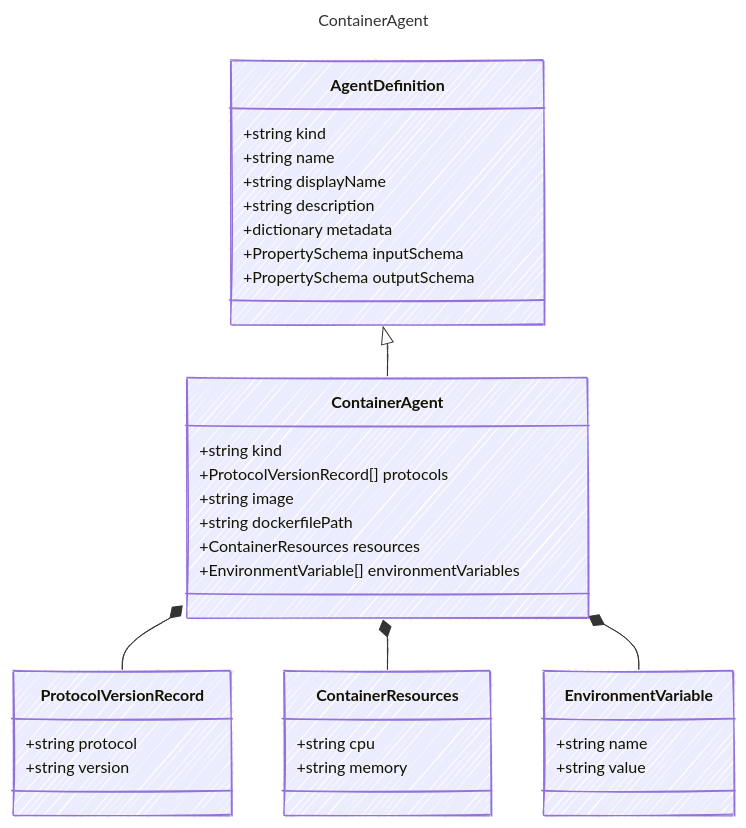
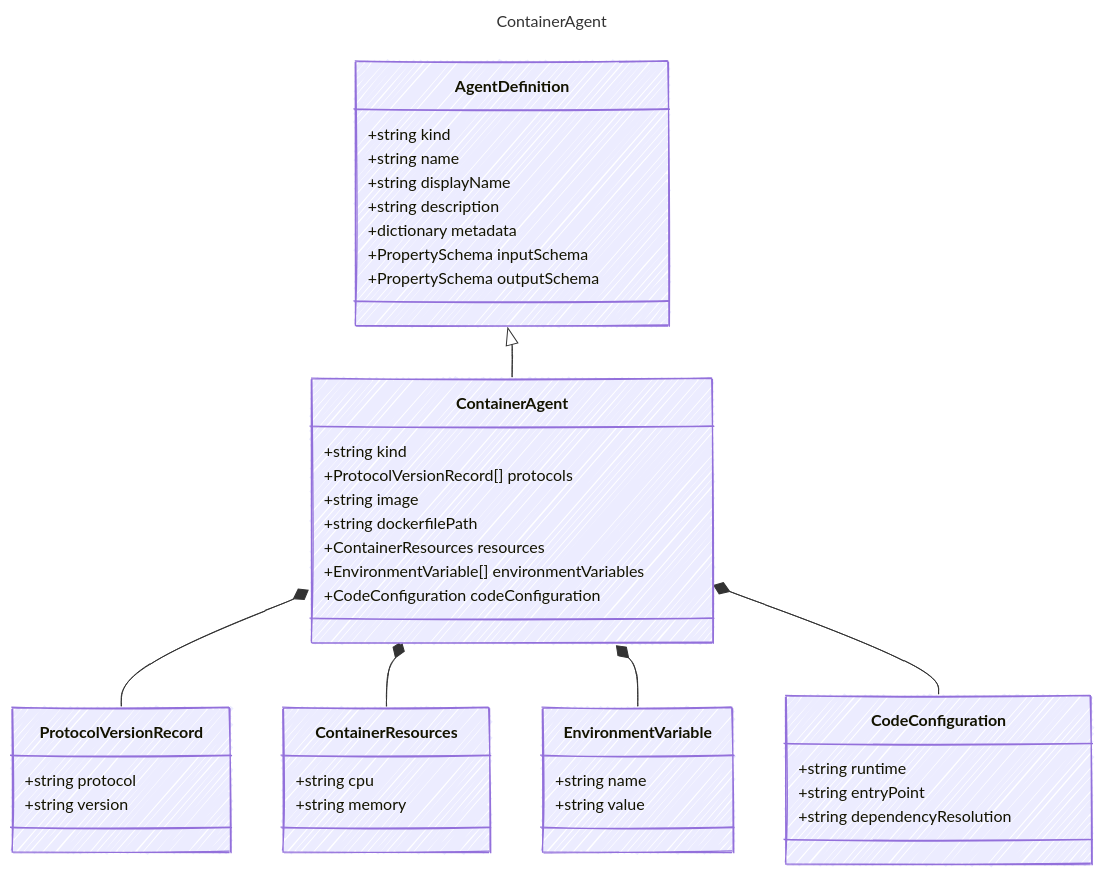
The diagram in docs/src/content/docs/reference/ContainerAgent.md (microsoft/AgentSchema), drawn with Mermaid before and after one commit. The commit also changed other lines of this file and 81 other files, not shown here.

First line of the commit message:
feat: add CodeConfiguration model to ContainerAgent TypeSpec

````diff
--- a/docs/src/content/docs/reference/ContainerAgent.md
+++ b/docs/src/content/docs/reference/ContainerAgent.md
@@ -13,45 +13,52 @@
 ```mermaid
 ---
 title: ContainerAgent
 config:
   look: handDrawn
   theme: colorful
   class:
     hideEmptyMembersBox: true
 ---
 classDiagram
     class AgentDefinition {
         +string kind
         +string name
         +string displayName
         +string description
         +dictionary metadata
         +PropertySchema inputSchema
         +PropertySchema outputSchema
     }
     AgentDefinition <|-- ContainerAgent
     class ContainerAgent {
       
         +string kind
         +ProtocolVersionRecord[] protocols
         +string image
         +string dockerfilePath
         +ContainerResources resources
         +EnvironmentVariable[] environmentVariables
+        +CodeConfiguration codeConfiguration
     }
     class ProtocolVersionRecord {
         +string protocol
         +string version
     }
     ContainerAgent *-- ProtocolVersionRecord
     class ContainerResources {
         +string cpu
         +string memory
     }
     ContainerAgent *-- ContainerResources
     class EnvironmentVariable {
         +string name
         +string value
     }
     ContainerAgent *-- EnvironmentVariable
+    class CodeConfiguration {
+        +string runtime
+        +string entryPoint
+        +string dependencyResolution
+    }
+    ContainerAgent *-- CodeConfiguration
 ```
````
